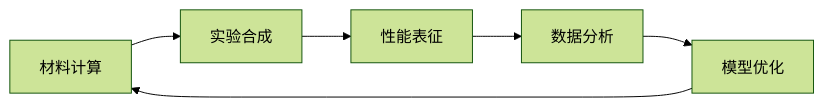
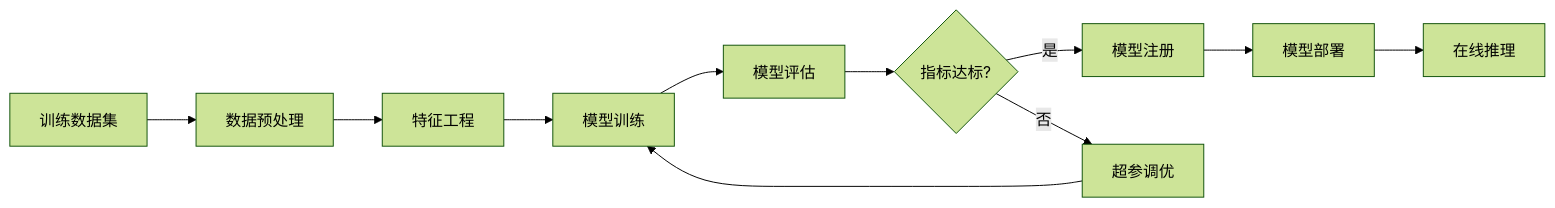
The fourth of 4 diagrams in topic-application-architecture/86-solid-state-battery.md (kudig-io/kudig-database), drawn with Mermaid (forest theme) before and after one commit. The commit also changed other lines of this file and 8633 other files, not shown here.

````diff
--- a/topic-application-architecture/86-solid-state-battery.md
+++ b/topic-application-architecture/86-solid-state-battery.md
@@ -137,8 +513,13 @@
 ```mermaid
 flowchart LR
-    A[材料计算] --> B[实验合成]
-    B --> C[性能表征]
-    C --> D[数据分析]
-    D --> E[模型优化]
-    E --> A
+    A[训练数据集] --> B[数据预处理]
+    B --> C[特征工程]
+    C --> D[模型训练]
+    D --> E[模型评估]
+    E --> F{指标达标?}
+    F -->|是| G[模型注册]
+    F -->|否| H[超参调优]
+    H --> D
+    G --> I[模型部署]
+    I --> J[在线推理]
 ```
````
